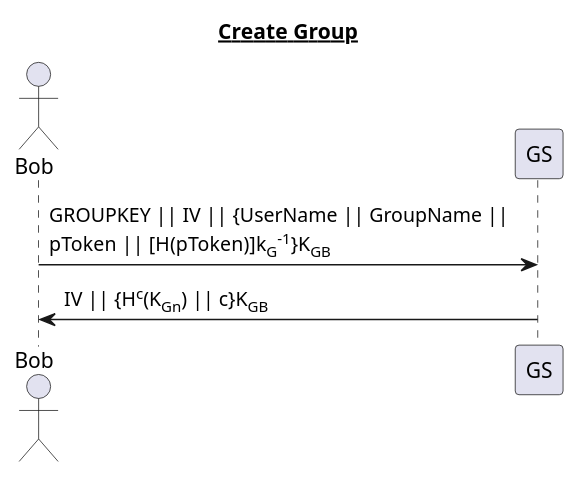
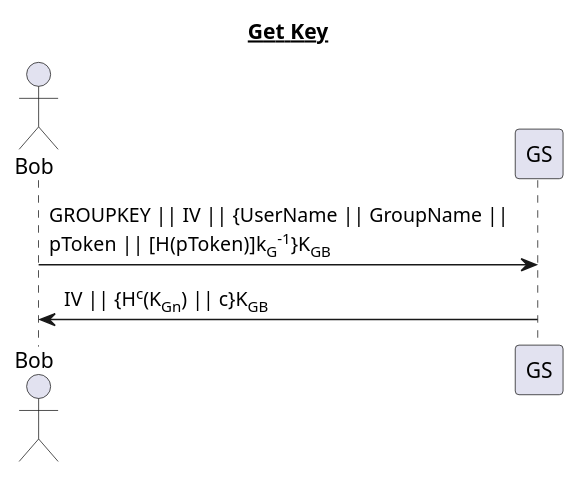
Before and after one commit to jondyer/cs1653-2017fa-jbd29-mar257-zds14: the diagram in reports/img/T6_Get_Key.puml, drawn with PlantUML. The commit also changed 2 other files, not shown here.

```diff
--- a/reports/img/T6_Get_Key.puml
+++ b/reports/img/T6_Get_Key.puml
@@ -1,8 +1,8 @@
 @startuml
-title __Create Group__
+title __Get Key__
 actor Bob
 participant GS
 
 Bob -> GS: GROUPKEY || IV || {UserName || GroupName || \npToken || [H(pToken)]k<sub>G</sub><sup>-1</sup>}K<sub>GB</sub>
 GS -> Bob: IV || {H<sup>c</sup>(K<sub>Gn</sub>) || c}K<sub>GB</sub>
 @enduml
```
